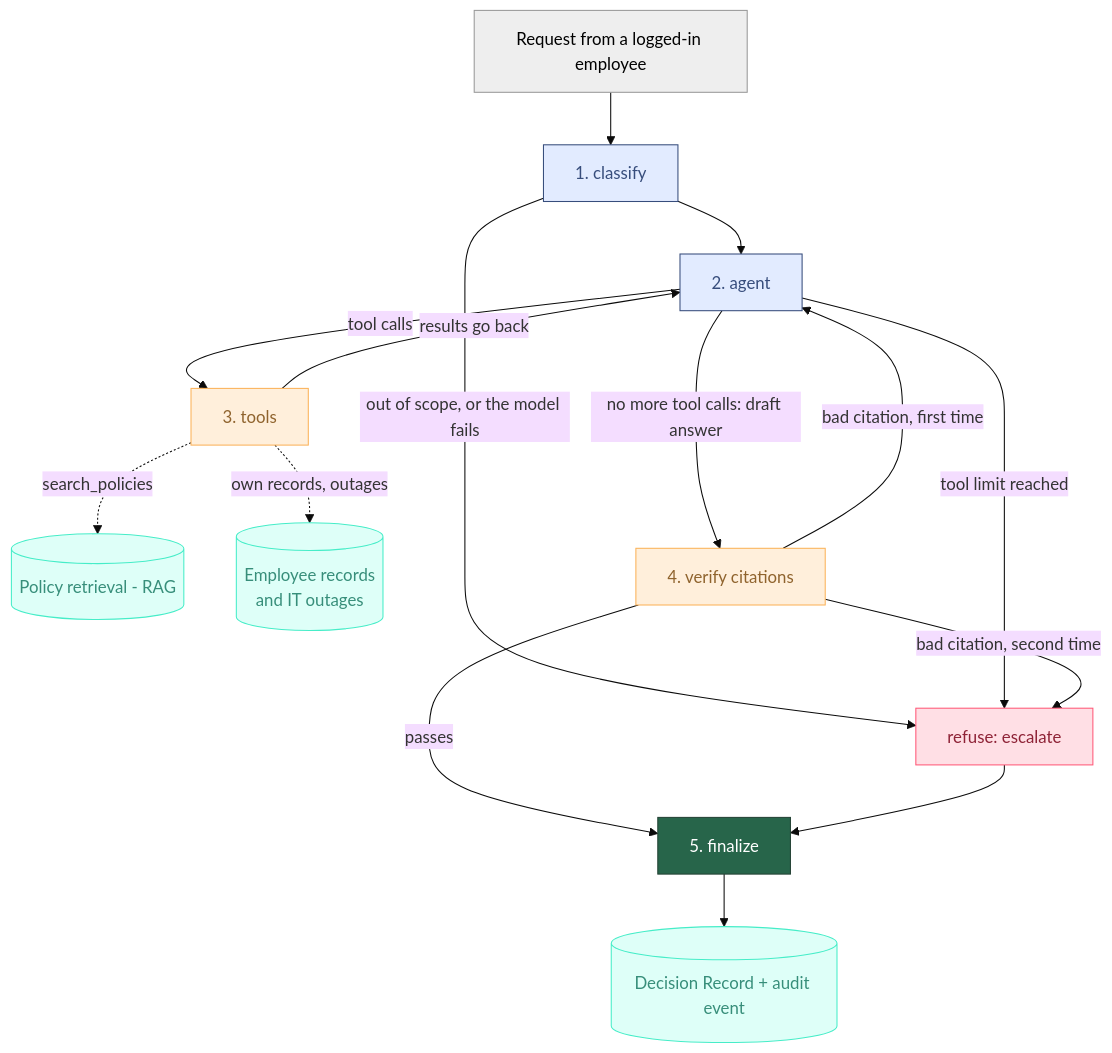
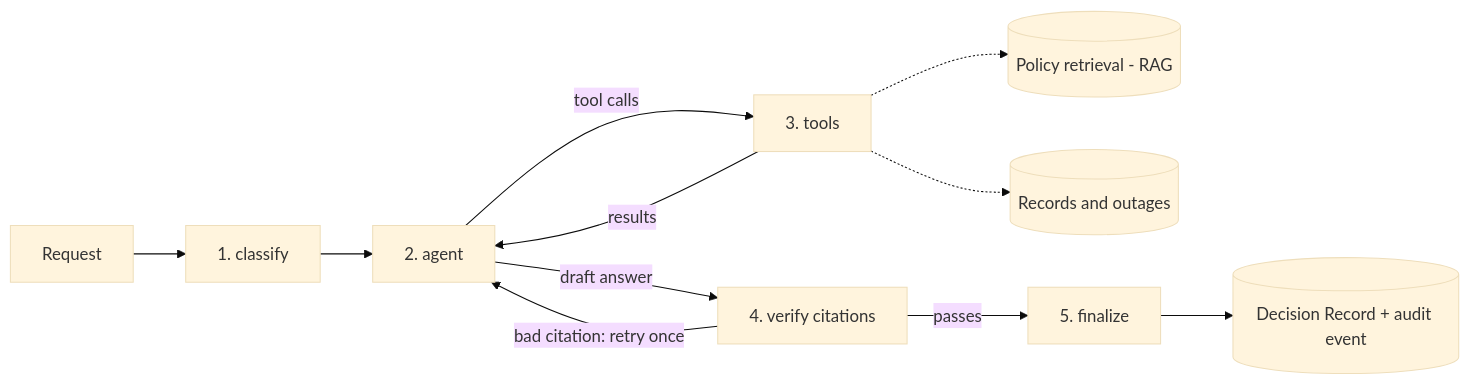
One commit to mgetech/internal-support-agent changed the diagram in README.md. Above: the diagram before and after it, drawn with Mermaid (base theme). The commit also changed other lines of this file, not shown here.

Commit message:
docs: simplifying flowchart

````diff
--- a/README.md
+++ b/README.md
@@ -17,35 +17,13 @@
 ```mermaid
-flowchart TB
-    A["Request from a logged-in employee"] --> B["1. classify"]
-    B -- out of scope, or the model fails --> R["refuse: escalate"]
+flowchart LR
+    A["Request"] --> B["1. classify"]
     B --> C["2. agent"]
-    C -- tool calls --> T["3. tools"]
-    T -- results go back --> C
-    T -. search_policies .-> K[("Policy retrieval - RAG")]
-    T -. own records, outages .-> H[("Employee records<br>and IT outages")]
-    T ~~~ V["4. verify citations"]
-    C -- no more tool calls: draft answer --> V
-    C -- tool limit reached --> R
-    V -- bad citation, first time --> C
-    V -- bad citation, second time --> R
-    V -- passes --> F["5. finalize"]
-    R --> F
+    C -->|tool calls| T["3. tools"]
+    T -->|results| C
+    T -.-> K[("Policy retrieval - RAG")]
+    T -.-> H[("Records and outages")]
+    C -->|draft answer| V["4. verify citations"]
+    V -->|"bad citation: retry once"| C
+    V -->|passes| F["5. finalize"]
     F --> D[("Decision Record + audit event")]
-
-     A:::Ash
-     B:::Sky
-     R:::Rose
-     C:::Sky
-     T:::Peach
-     K:::Aqua
-     H:::Aqua
-     V:::Peach
-     F:::Pine
-     D:::Aqua
-    classDef Aqua stroke-width:1px, stroke-dasharray:none, stroke:#46EDC8, fill:#DEFFF8, color:#378E7A
-    classDef Sky stroke-width:1px, stroke-dasharray:none, stroke:#374D7C, fill:#E2EBFF, color:#374D7C
-    classDef Rose stroke-width:1px, stroke-dasharray:none, stroke:#FF5978, fill:#FFDFE5, color:#8E2236
-    classDef Pine stroke-width:1px, stroke-dasharray:none, stroke:#254336, fill:#27654A, color:#FFFFFF
-    classDef Peach stroke-width:1px, stroke-dasharray:none, stroke:#FBB35A, fill:#FFEFDB, color:#8F632D
-    classDef Ash stroke-width:1px, stroke-dasharray:none, stroke:#999999, fill:#EEEEEE, color:#000000
 ```
````
